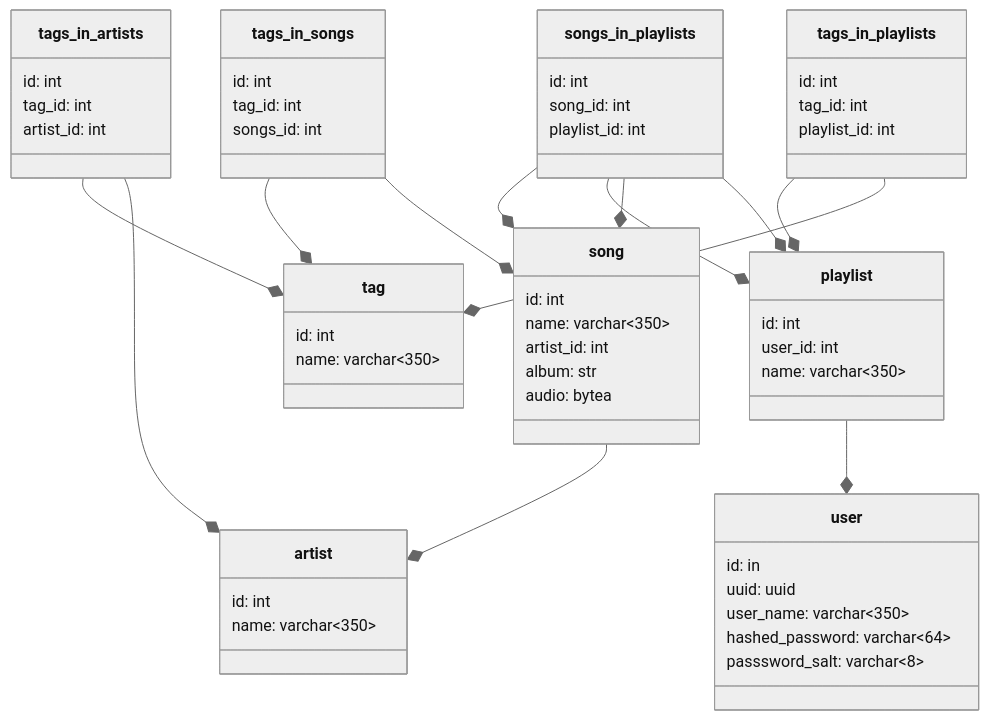
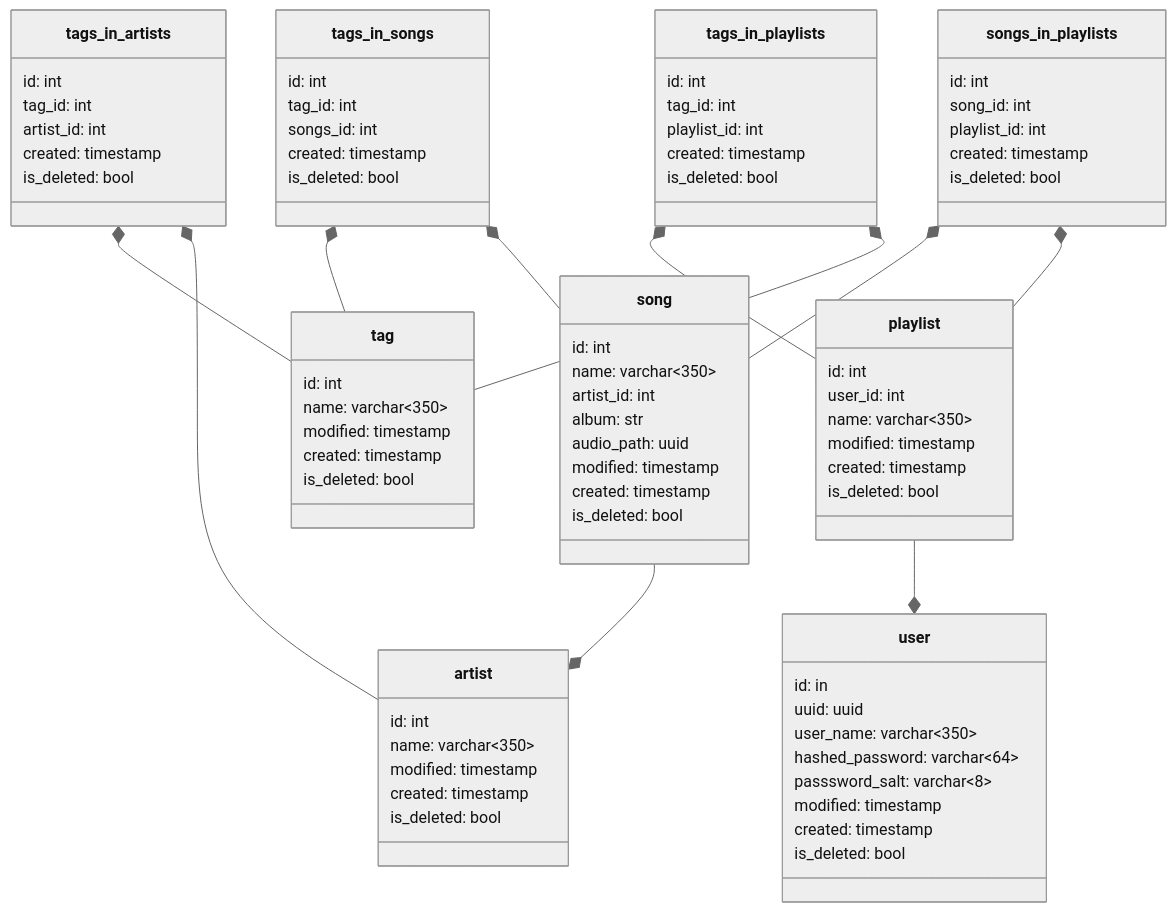
Before and after one commit to theglobehead/playlist-app-with-fastapi-react: the diagram in README.md, drawn with Mermaid (neutral theme). The commit also changed other lines of this file, not shown here.

Commit message:
updated db diagram

```diff
--- a/README.md
+++ b/README.md
@@ -10,12 +8,18 @@
         user_name: varchar<350>
         hashed_password: varchar<64>
         passsword_salt: varchar<8>
+        modified: timestamp
+        created: timestamp
+        is_deleted: bool
     }
 
     class playlist{
         id: int
         user_id: int
         name: varchar<350>
+        modified: timestamp
+        created: timestamp
+        is_deleted: bool
     }
 
     class song{
@@ -23,57 +27,71 @@
         name: varchar<350>
         artist_id: int
         album: str
-        audio: bytea
+        audio_path: uuid
+        modified: timestamp
+        created: timestamp
+        is_deleted: bool
     }
 
     class artist{
         id: int
         name: varchar<350>
+        modified: timestamp
+        created: timestamp
+        is_deleted: bool
     }
 
     class tag{
         id: int
         name: varchar<350>
+        modified: timestamp
+        created: timestamp
+        is_deleted: bool
     }
 
     class tags_in_artists{
         id: int
         tag_id: int
         artist_id: int
+        created: timestamp
+        is_deleted: bool
     }
 
     class tags_in_songs{
         id: int
         tag_id: int
         songs_id: int
+        created: timestamp
+        is_deleted: bool
     }
 
     class tags_in_playlists{
         id: int
         tag_id: int
         playlist_id: int
+        created: timestamp
+        is_deleted: bool
     }
 
     class songs_in_playlists{
         id: int
         song_id: int
         playlist_id: int
+        created: timestamp
+        is_deleted: bool
     }
 
-    songs_in_playlists --* song
-    songs_in_playlists --* playlist
+    tags_in_playlists *-- playlist
+    tags_in_playlists *-- tag
 
-    tags_in_playlists --* playlist
-    tags_in_playlists --* tag
+    tags_in_songs *-- tag
+    tags_in_songs *-- song
 
-    tags_in_songs --* tag
-    tags_in_songs --* song
+    tags_in_artists *-- tag
+    tags_in_artists *-- artist
 
-    tags_in_artists --* tag
-    tags_in_artists --* artist
-
-    songs_in_playlists --* song
-    songs_in_playlists --* playlist
+    songs_in_playlists *-- song
+    songs_in_playlists *-- playlist
 
     playlist --* user
     song --* artist
```
